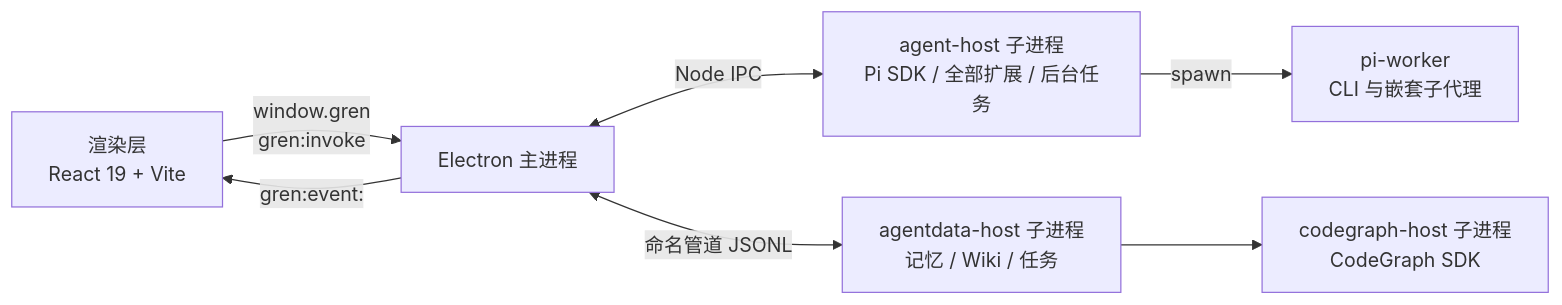
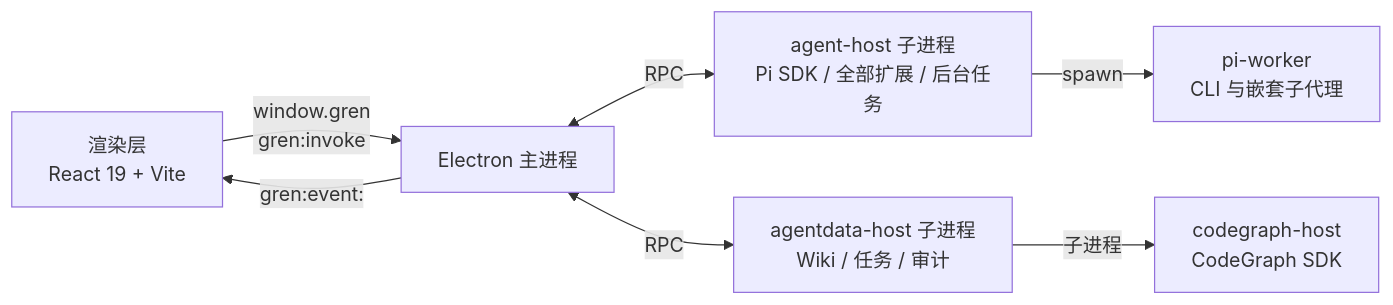
The diagram in README.md (GrenAnHao/GrenAgent), drawn with Mermaid before and after one commit. The commit also changed other lines of this file and 1503 other files, not shown here.

````diff
--- a/README.md
+++ b/README.md
@@ -31,9 +39,9 @@
 ```mermaid
 flowchart LR
   R["渲染层<br/>React 19 + Vite"] -->|"window.gren<br/>gren:invoke"| M["Electron 主进程"]
   M -->|"gren:event:"| R
-  M <-->|"Node IPC"| A["agent-host 子进程<br/>Pi SDK / 全部扩展 / 后台任务"]
-  M <-->|"命名管道 JSONL"| D["agentdata-host 子进程<br/>记忆 / Wiki / 任务"]
-  D --> C["codegraph-host 子进程<br/>CodeGraph SDK"]
+  M <-->|"RPC"| A["agent-host 子进程<br/>Pi SDK / 全部扩展 / 后台任务"]
+  M <-->|"RPC"| D["agentdata-host 子进程<br/>Wiki / 任务 / 审计"]
+  D -->|"子进程"| C["codegraph-host<br/>CodeGraph SDK"]
   A -->|"spawn"| W["pi-worker<br/>CLI 与嵌套子代理"]
 ```
````
